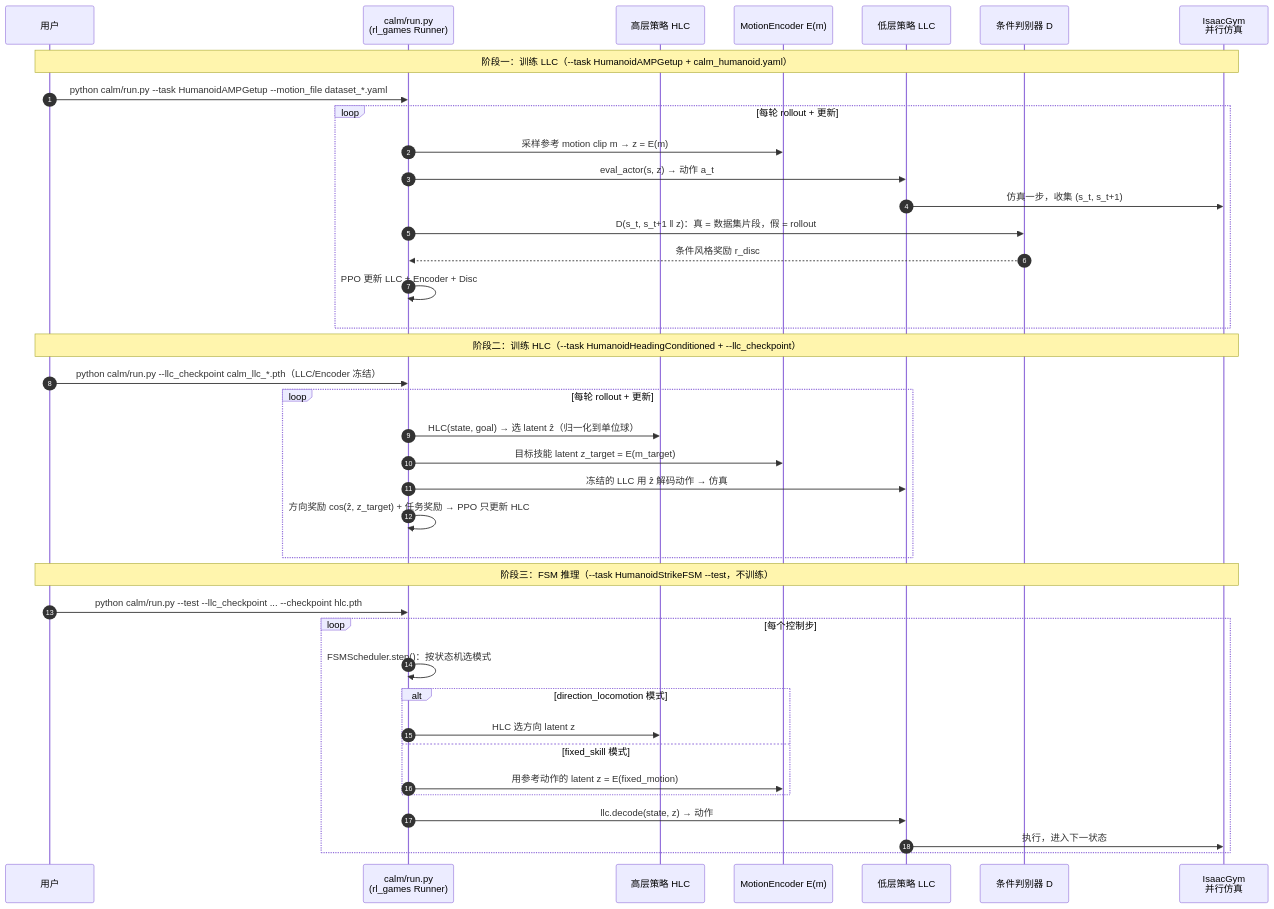
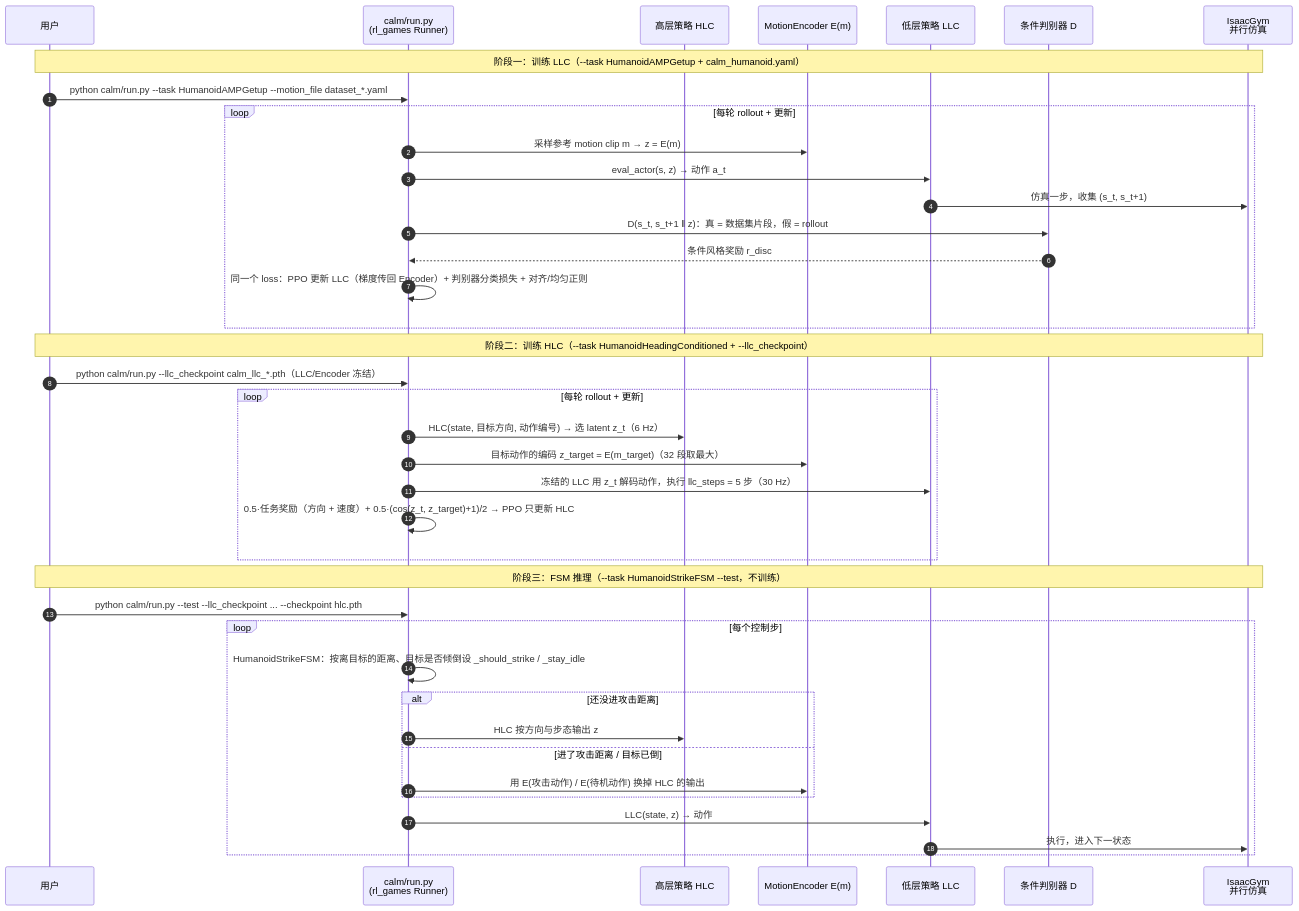
Before and after one commit to ImChong/Robot_Learning_Paper_Notebooks: the seventh of 8 diagrams in papers/01_Foundational_RL/CALM_Conditional_Adversarial_Latent_Models_for_Directable_Virtual_Characters/CALM_Conditional_Adversarial_Latent_Models_for_Directable_Virtual_Characters.md, drawn with Mermaid. The commit also changed other lines of this file and 3 other files, not shown here.

```diff
--- a/papers/01_Foundational_RL/CALM_Conditional_Adversarial_Latent_Models_for_Directable_Virtual_Characters/CALM_Conditional_Adversarial_Latent_Models_for_Directable_Virtual_Characters.md
+++ b/papers/01_Foundational_RL/CALM_Conditional_Adversarial_Latent_Models_for_Directable_Virtual_Characters/CALM_Conditional_Adversarial_Latent_Models_for_Directable_Virtual_Characters.md
@@ -343,41 +341,41 @@
 <div class="mermaid">
 sequenceDiagram
     autonumber
     participant U as 用户
     participant R as calm/run.py<br/>(rl_games Runner)
     participant HLC as 高层策略 HLC
     participant ENC as MotionEncoder E(m)
     participant LLC as 低层策略 LLC
     participant DISC as 条件判别器 D
     participant S as IsaacGym<br/>并行仿真
     Note over U,S: 阶段一：训练 LLC（--task HumanoidAMPGetup + calm_humanoid.yaml）
     U->>R: python calm/run.py --task HumanoidAMPGetup --motion_file dataset_*.yaml
     loop 每轮 rollout + 更新
         R->>ENC: 采样参考 motion clip m → z = E(m)
         R->>LLC: eval_actor(s, z) → 动作 a_t
         LLC->>S: 仿真一步，收集 (s_t, s_t+1)
         R->>DISC: D(s_t, s_t+1 ‖ z)：真 = 数据集片段，假 = rollout
         DISC-->>R: 条件风格奖励 r_disc
-        R->>R: PPO 更新 LLC + Encoder + Disc
+        R->>R: 同一个 loss：PPO 更新 LLC（梯度传回 Encoder）+ 判别器分类损失 + 对齐/均匀正则
     end
     Note over U,S: 阶段二：训练 HLC（--task HumanoidHeadingConditioned + --llc_checkpoint）
     U->>R: python calm/run.py --llc_checkpoint calm_llc_*.pth（LLC/Encoder 冻结）
     loop 每轮 rollout + 更新
-        R->>HLC: HLC(state, goal) → 选 latent ẑ（归一化到单位球）
-        R->>ENC: 目标技能 latent z_target = E(m_target)
-        R->>LLC: 冻结的 LLC 用 ẑ 解码动作 → 仿真
-        R->>R: 方向奖励 cos(ẑ, z_target) + 任务奖励 → PPO 只更新 HLC
+        R->>HLC: HLC(state, 目标方向, 动作编号) → 选 latent z_t（6 Hz）
+        R->>ENC: 目标动作的编码 z_target = E(m_target)（32 段取最大）
+        R->>LLC: 冻结的 LLC 用 z_t 解码动作，执行 llc_steps = 5 步（30 Hz）
+        R->>R: 0.5·任务奖励（方向 + 速度）+ 0.5·(cos(z_t, z_target)+1)/2 → PPO 只更新 HLC
     end
     Note over U,S: 阶段三：FSM 推理（--task HumanoidStrikeFSM --test，不训练）
     U->>R: python calm/run.py --test --llc_checkpoint ... --checkpoint hlc.pth
     loop 每个控制步
-        R->>R: FSMScheduler.step()：按状态机选模式
-        alt direction_locomotion 模式
-            R->>HLC: HLC 选方向 latent z
-        else fixed_skill 模式
-            R->>ENC: 用参考动作的 latent z = E(fixed_motion)
+        R->>R: HumanoidStrikeFSM：按离目标的距离、目标是否倾倒设 _should_strike / _stay_idle
+        alt 还没进攻击距离
+            R->>HLC: HLC 按方向与步态输出 z
+        else 进了攻击距离 / 目标已倒
+            R->>ENC: 用 E(攻击动作) / E(待机动作) 换掉 HLC 的输出
         end
-        R->>LLC: llc.decode(state, z) → 动作
+        R->>LLC: LLC(state, z) → 动作
         LLC->>S: 执行，进入下一状态
     end
 </div>
```
